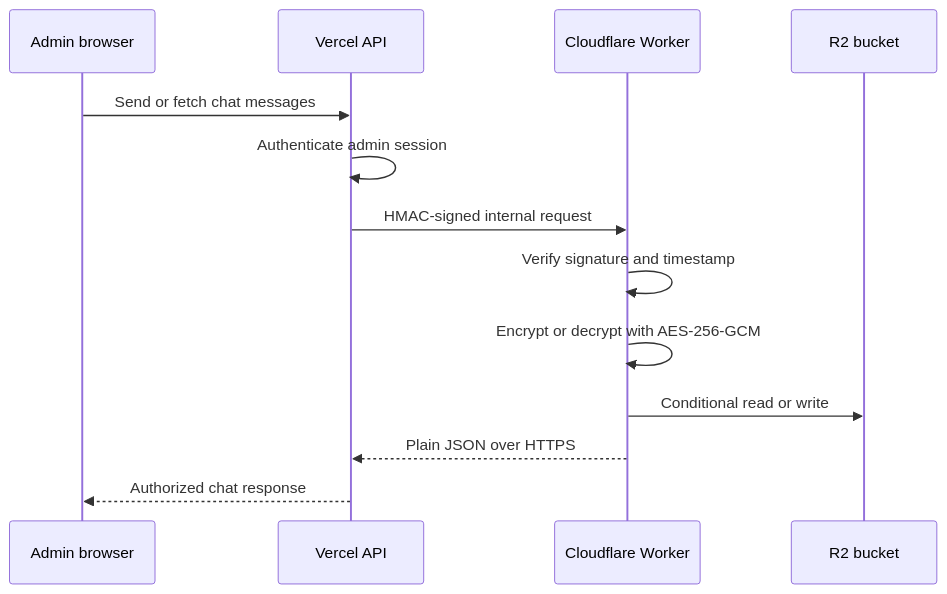
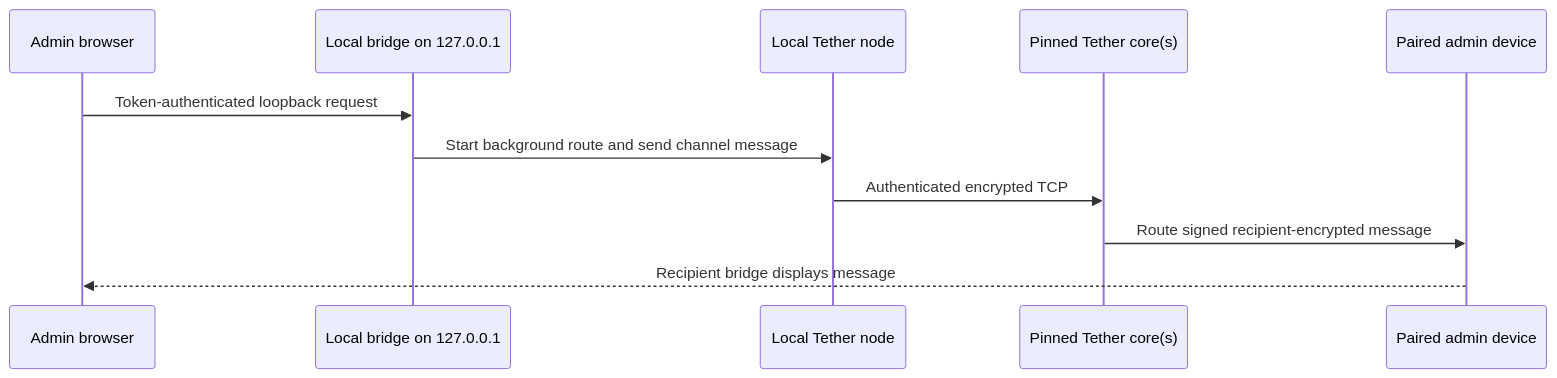
Before and after one commit to basanta-bhandari/Portfolio: the third of 3 diagrams in docs/INFRASTRUCTURE.md, drawn with Mermaid. The commit also changed other lines of this file and 9 other files, not shown here.

````diff
--- a/docs/INFRASTRUCTURE.md
+++ b/docs/INFRASTRUCTURE.md
@@ -288,16 +290,14 @@
 ```mermaid
 sequenceDiagram
     participant B as Admin browser
-    participant V as Vercel API
-    participant W as Cloudflare Worker
-    participant R as R2 bucket
+    participant L as Local bridge on 127.0.0.1
+    participant T as Local Tether node
+    participant C as Pinned Tether core(s)
+    participant P as Paired admin device
 
-    B->>V: Send or fetch chat messages
-    V->>V: Authenticate admin session
-    V->>W: HMAC-signed internal request
-    W->>W: Verify signature and timestamp
-    W->>W: Encrypt or decrypt with AES-256-GCM
-    W->>R: Conditional read or write
-    W-->>V: Plain JSON over HTTPS
-    V-->>B: Authorized chat response
+    B->>L: Token-authenticated loopback request
+    L->>T: Start background route and send channel message
+    T->>C: Authenticated encrypted TCP
+    C->>P: Route signed recipient-encrypted message
+    P-->>B: Recipient bridge displays message
 ```
````
